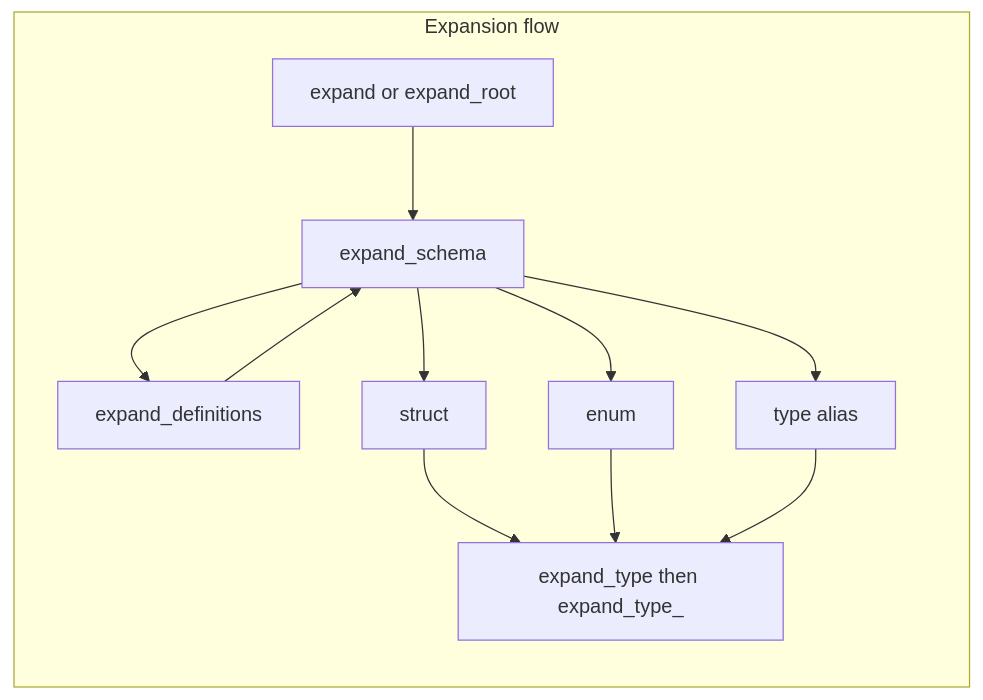
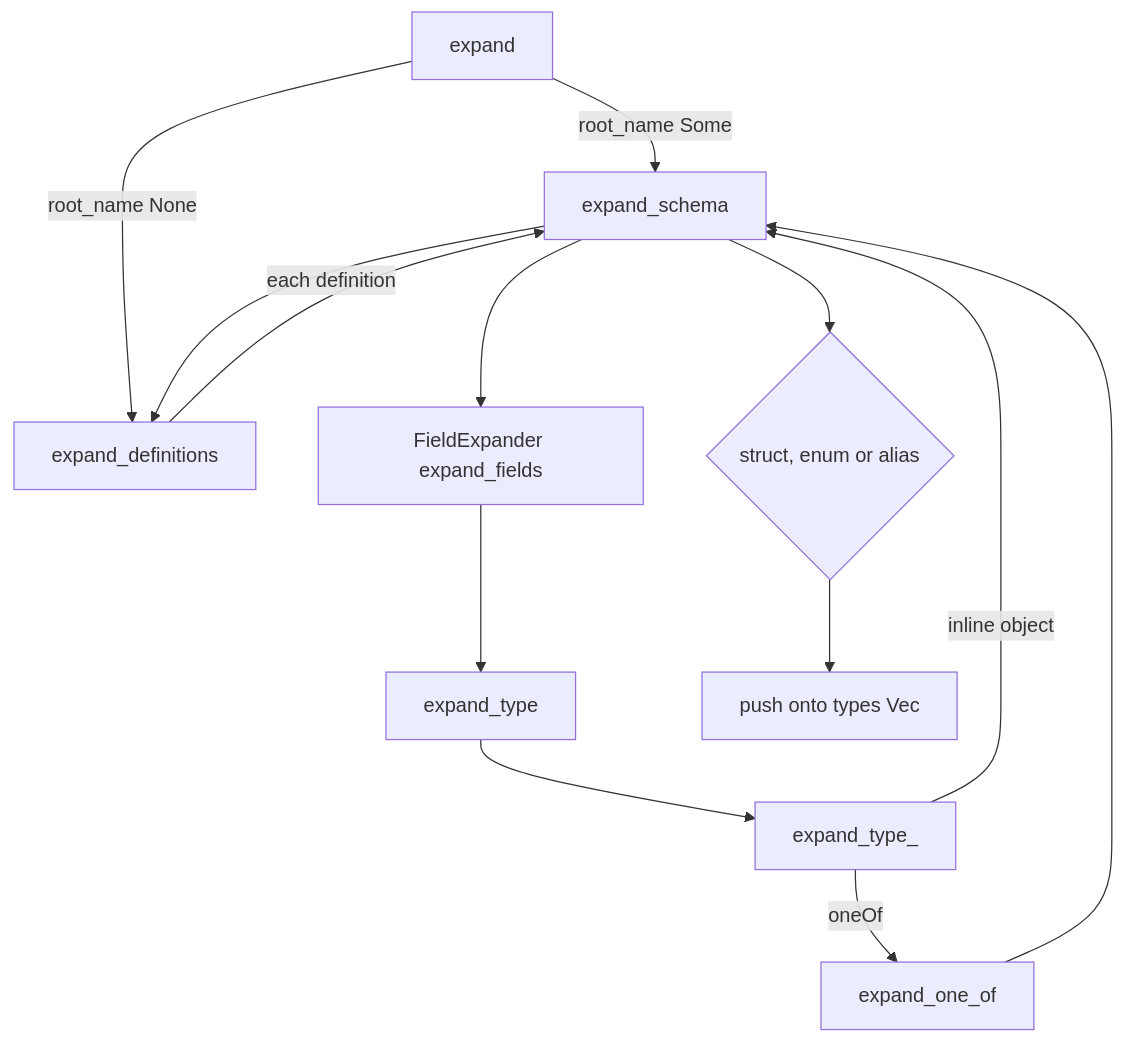
One commit to goddtriffin/json-schema-rs changed the second of 2 diagrams in research/reports/rust/Marwes-schemafy.md. Above: the diagram before and after it, drawn with Mermaid. The commit also changed other lines of this file and 51 other files, not shown here.

````diff
--- a/research/reports/rust/Marwes-schemafy.md
+++ b/research/reports/rust/Marwes-schemafy.md
@@ -122,21 +95,15 @@
 ```mermaid
-flowchart LR
-  subgraph expandFlow [Expansion flow]
-    Expand[expand or expand_root]
-    ExpandSchema[expand_schema]
-    Defs[expand_definitions]
-    Struct[struct]
-    Enum[enum]
-    Alias[type alias]
-    ExpandType[expand_type then expand_type_]
-  end
-  Expand --> ExpandSchema
+flowchart TD
+  Expand[expand] -->|root_name Some| ExpandSchema[expand_schema]
+  Expand -->|root_name None| Defs[expand_definitions]
   ExpandSchema --> Defs
-  ExpandSchema --> Struct
-  ExpandSchema --> Enum
-  ExpandSchema --> Alias
-  Defs --> ExpandSchema
-  Struct --> ExpandType
-  Enum --> ExpandType
-  Alias --> ExpandType
+  Defs -->|each definition| ExpandSchema
+  ExpandSchema --> Fields[FieldExpander expand_fields]
+  Fields --> ExpandType[expand_type]
+  ExpandType --> ExpandTypeU[expand_type_]
+  ExpandTypeU -->|inline object| ExpandSchema
+  ExpandTypeU -->|oneOf| OneOf[expand_one_of]
+  OneOf --> ExpandSchema
+  ExpandSchema --> Kind{struct, enum or alias}
+  Kind --> Types[push onto types Vec]
 ```
````
